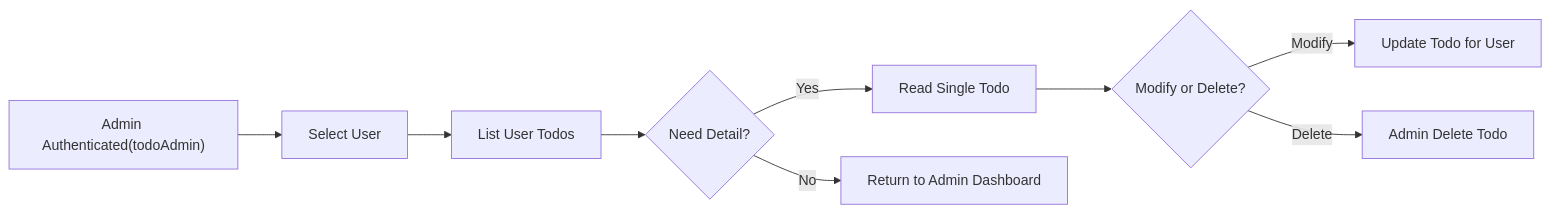
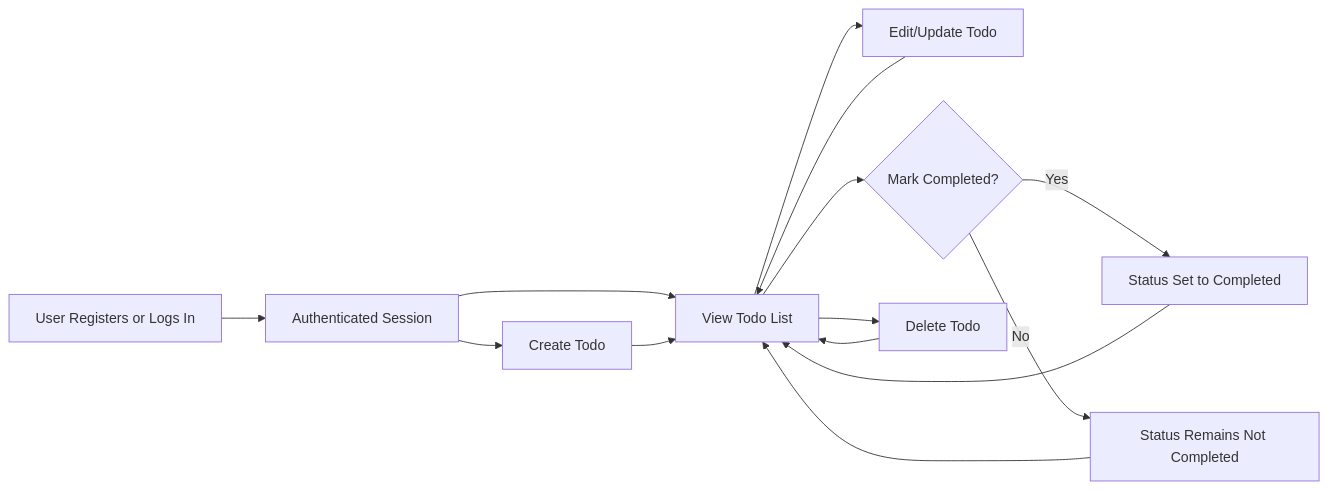
Before and after one commit to wrtnlabs/autobe-examples: the diagram in openai/gpt-5.1/todo/docs/analysis/00-toc.md, drawn with Mermaid. The commit also changed other lines of this file and 3372 other files, not shown here.

````diff
--- a/openai/gpt-5.1/todo/docs/analysis/00-toc.md
+++ b/openai/gpt-5.1/todo/docs/analysis/00-toc.md
@@ -469,11 +76,16 @@
 ```mermaid
 graph LR
-  A["Admin Authenticated(todoAdmin)"] --> B["Select User"]
-  B --> C["List User Todos"]
-  C --> D{"Need Detail?"}
-  D -->|"Yes"| E["Read Single Todo"]
-  E --> F{"Modify or Delete?"}
-  F -->|"Modify"| G["Update Todo for User"]
-  F -->|"Delete"| H["Admin Delete Todo"]
-  D -->|"No"| I["Return to Admin Dashboard"]
+  A["User Registers or Logs In"] --> B["Authenticated Session"]
+  B --> C["Create Todo"]
+  B --> D["View Todo List"]
+  D --> E["Edit/Update Todo"]
+  D --> F{"Mark Completed?"}
+  F -->|"Yes"| G["Status Set to Completed"]
+  F -->|"No"| H["Status Remains Not Completed"]
+  D --> I["Delete Todo"]
+  G --> D
+  H --> D
+  C --> D
+  E --> D
+  I --> D
 ```
````
